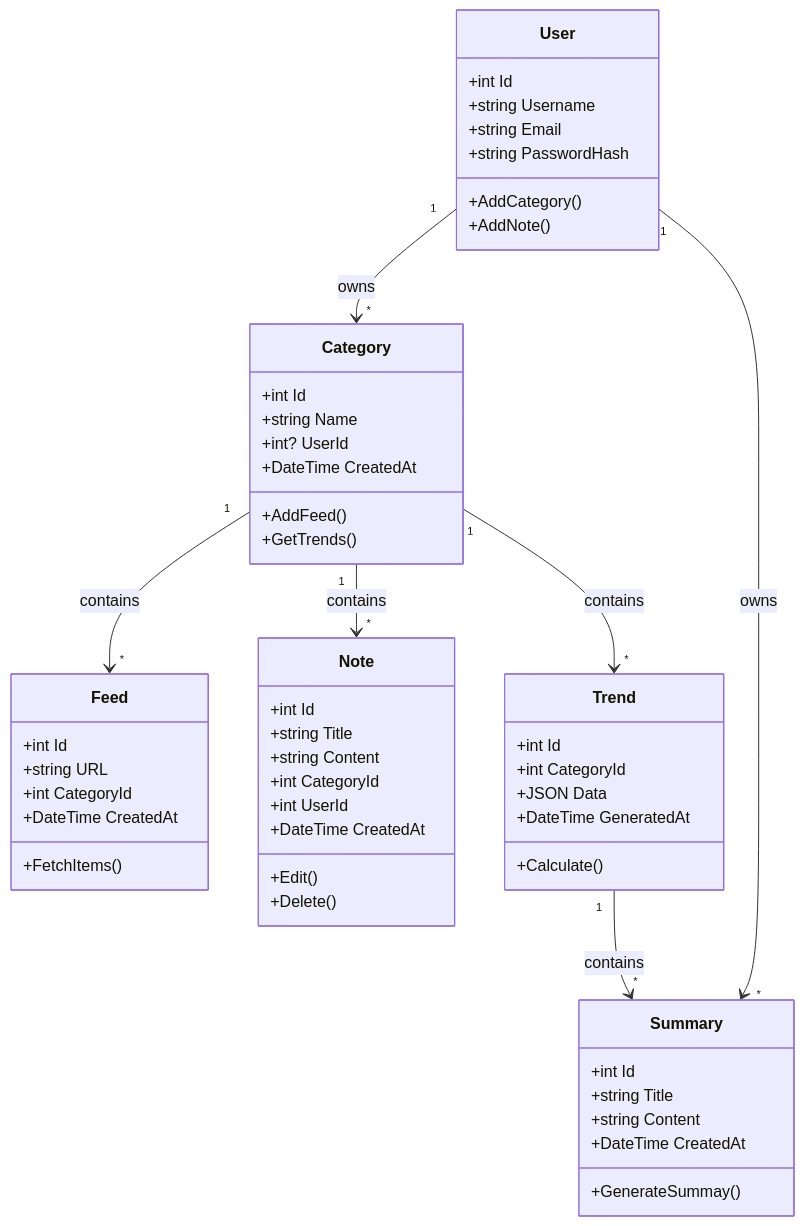
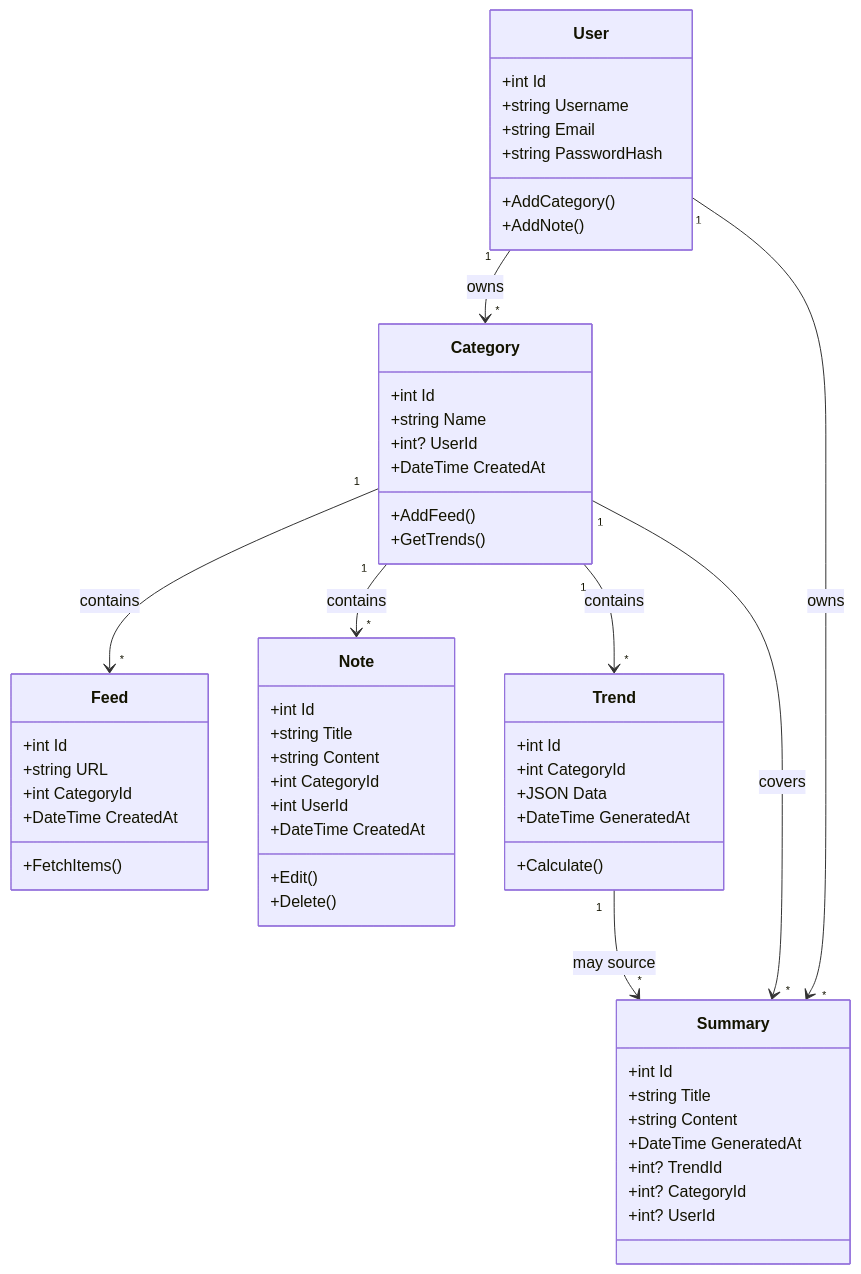
The diagram in diagramme.md (HexaNexus28/pulse-watch), drawn with Mermaid before and after one commit. The commit also changed other lines of this file and 4 other files, not shown here.

First line of the commit message:
docs: aligne la documentation sur l'architecture reelle et ajoute un guide

````diff
--- a/diagramme.md
+++ b/diagramme.md
@@ -1,61 +1,64 @@
 ```mermaid
 classDiagram
     class User {
         +int Id
         +string Username
         +string Email
         +string PasswordHash
         +AddCategory()
         +AddNote()
     }
 
     class Category {
         +int Id
         +string Name
         +int? UserId
         +DateTime CreatedAt
         +AddFeed()
         +GetTrends()
     }
 
     class Feed {
         +int Id
         +string URL
         +int CategoryId
         +DateTime CreatedAt
         +FetchItems()
     }
 
     class Note {
         +int Id
         +string Title
         +string Content
         +int CategoryId
         +int UserId
         +DateTime CreatedAt
         +Edit()
         +Delete()
     }
 
     class Trend {
         +int Id
         +int CategoryId
         +JSON Data
         +DateTime GeneratedAt
         +Calculate()
     }
-class Summary  {
+    class Summary {
         +int Id
         +string Title
         +string Content
-        +DateTime CreatedAt
-        +GenerateSummay()
+        +DateTime GeneratedAt
+        +int? TrendId
+        +int? CategoryId
+        +int? UserId
     }
 
     User "1" --> "*" Category : owns
-    Trend  "1" --> "*" Summary : contains
     User "1" --> "*" Summary : owns
+    Trend "1" --> "*" Summary : may source
     Category "1" --> "*" Feed : contains
     Category "1" --> "*" Note : contains
     Category "1" --> "*" Trend : contains
+    Category "1" --> "*" Summary : covers
 ```
````
